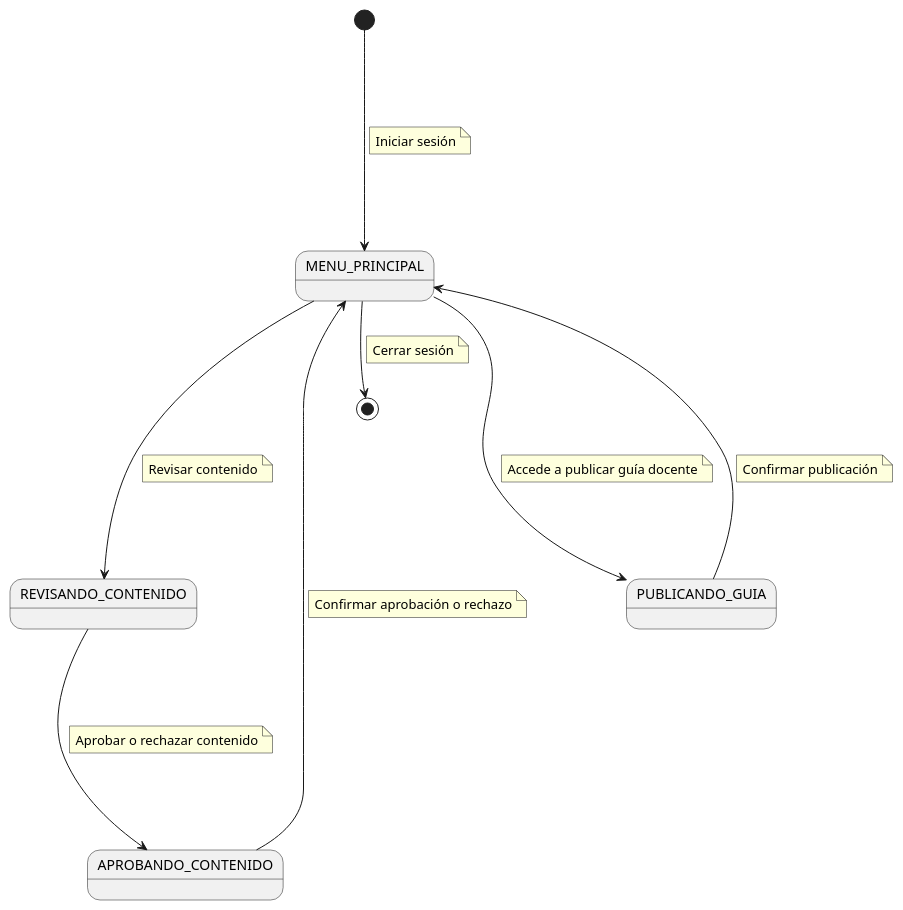
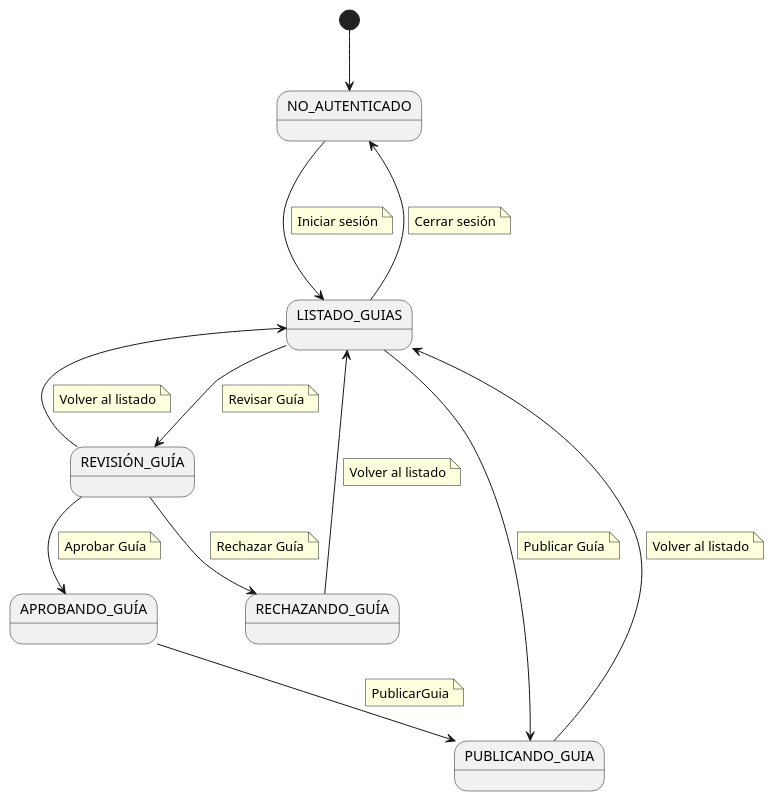
One commit to mmasias/24-25-IdSw1-SDR changed the diagram in CasosDeUso/diagramaDeContexto/DiagramaDeContextoDirectorGrado.puml. Above: the diagram before and after it, drawn with PlantUML. The commit also changed 4 other files, not shown here.

Commit message:
Diagramas de Contexto por actores

```diff
--- a/CasosDeUso/diagramaDeContexto/DiagramaDeContextoDirectorGrado.puml
+++ b/CasosDeUso/diagramaDeContexto/DiagramaDeContextoDirectorGrado.puml
@@ -1,45 +1,63 @@
 @startuml diagramaContextoDirectorGrado
 
-
-state "MENU_PRINCIPAL" as MenuPrincipal
-state "REVISANDO_CONTENIDO" as RevisandoContenido
-state "APROBANDO_CONTENIDO" as AprobarContenido
+state "NO_AUTENTICADO" as NoAutenticado
+state "LISTADO_GUIAS" as ListadoGuias
+state "REVISIÓN_GUÍA" as RevisandoContenido
+state "APROBANDO_GUÍA" as AprobarContenido
+state "RECHAZANDO_GUÍA" as RechazandoGuia
 state "PUBLICANDO_GUIA" as PublicarGuia
 
-[*] ----> MenuPrincipal
+[*] --> NoAutenticado 
+
+NoAutenticado ---> ListadoGuias
     note on link
         Iniciar sesión
     end note
 
-MenuPrincipal --> [*]
+ListadoGuias ---> NoAutenticado
     note on link
         Cerrar sesión
     end note
 
-MenuPrincipal ----> RevisandoContenido
+ListadoGuias --> RevisandoContenido
     note on link
-        Revisar contenido
+        Revisar Guía
+    end note
+    
+RevisandoContenido --> AprobarContenido
+    note on link
+        Aprobar Guía
+    end note
+    
+AprobarContenido --> PublicarGuia
+    note on link
+        PublicarGuia
+    end note
+    
+RevisandoContenido --> RechazandoGuia
+    note on link
+        Rechazar Guía
     end note
 
-RevisandoContenido ----> AprobarContenido
+RechazandoGuia --> ListadoGuias
     note on link
-        Aprobar o rechazar contenido
+        Volver al listado
     end note
 
-AprobarContenido ----> MenuPrincipal
+RevisandoContenido --> ListadoGuias
     note on link
-        Confirmar aprobación o rechazo
+        Volver al listado
     end note
 
-MenuPrincipal ----> PublicarGuia
+ListadoGuias --> PublicarGuia
     note on link
-        Accede a publicar guía docente
+        Publicar Guía
     end note
 
-PublicarGuia ----> MenuPrincipal
+PublicarGuia --> ListadoGuias
     note on link
-        Confirmar publicación
+        Volver al listado
     end note
 
 
 @enduml
```
